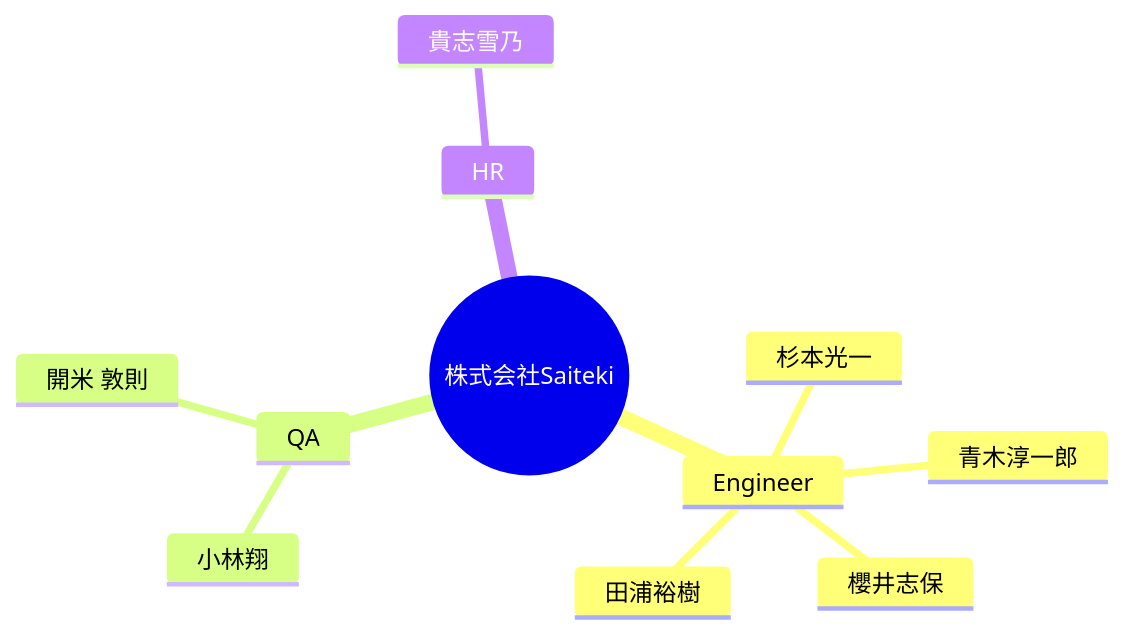
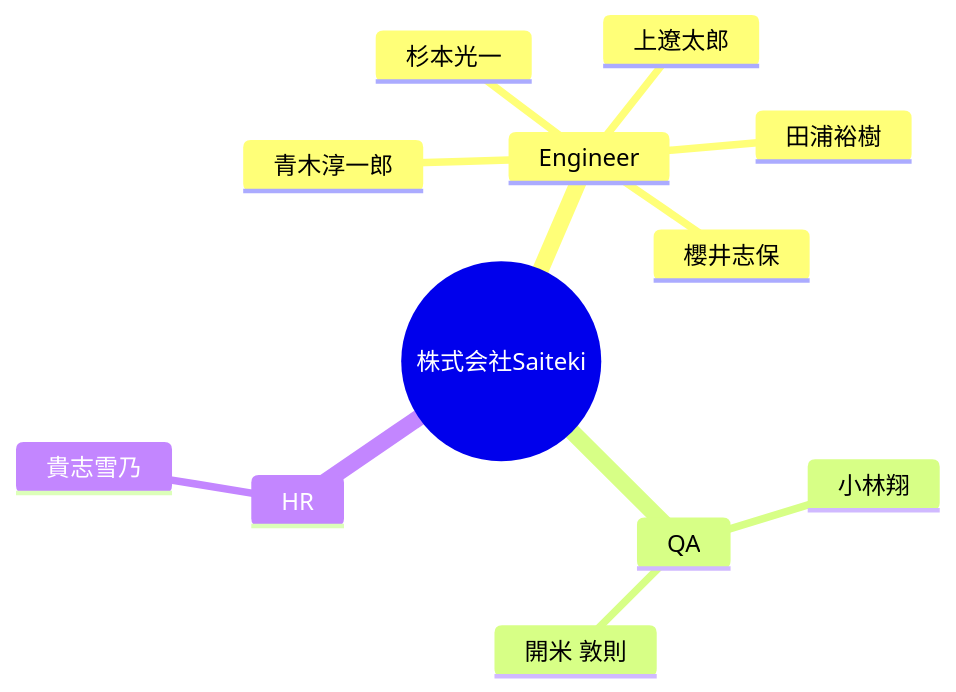
The diagram in docs/TEAM.md (Saitekiinc-com/saiteki-employee-management), drawn with Mermaid before and after one commit. The commit also changed other lines of this file and 2 other files, not shown here.

Commit message:
Update employee data from Issue #11

````diff
--- a/docs/TEAM.md
+++ b/docs/TEAM.md
@@ -5,14 +5,15 @@
 ```mermaid
 mindmap
   root((株式会社Saiteki))
     Engineer
       杉本光一
       青木淳一郎
       櫻井志保
       田浦裕樹
+      上遼太郎
     QA
       小林翔
       開米 敦則
     HR
       貴志雪乃
 ```
````
